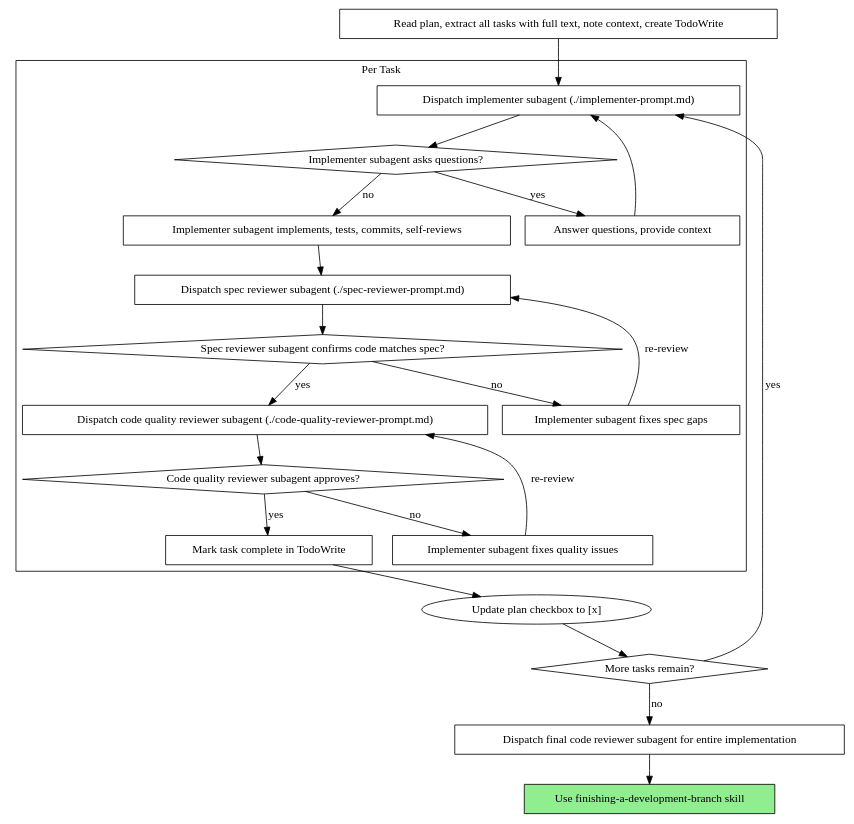
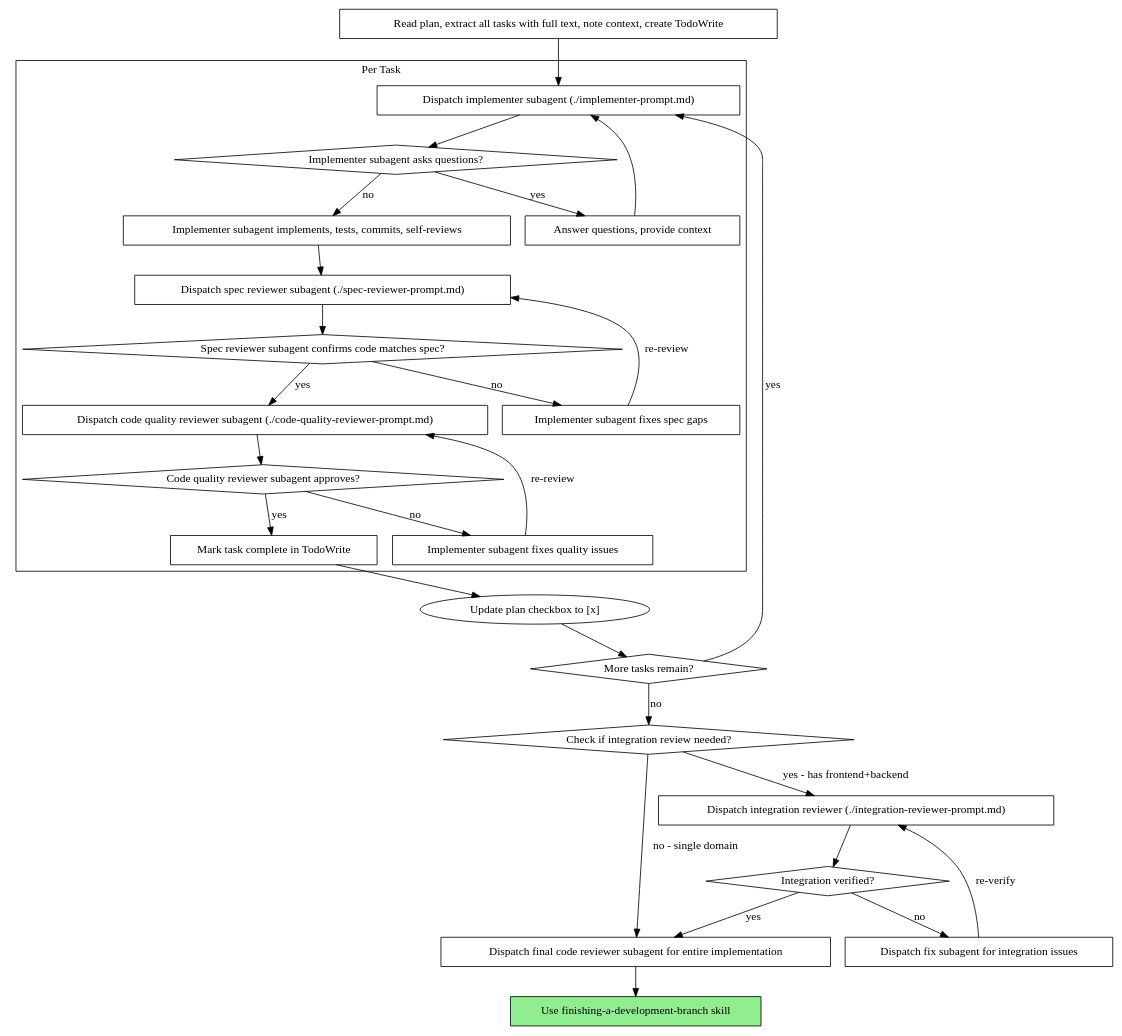
The second of 2 diagrams in skills/subagent-driven-development/SKILL.md (xhyqaq/agentic-delivery), drawn with Graphviz before and after one commit. The commit also changed other lines of this file and 3 other files, not shown here.

First line of the commit message:
feat: 增加 Integration Review 层用于前后端集成验证

````diff
--- a/skills/subagent-driven-development/SKILL.md
+++ b/skills/subagent-driven-development/SKILL.md
@@ -58,45 +58,55 @@
 ```dot
 digraph process {
     rankdir=TB;
 
     subgraph cluster_per_task {
         label="Per Task";
         "Dispatch implementer subagent (./implementer-prompt.md)" [shape=box];
         "Implementer subagent asks questions?" [shape=diamond];
         "Answer questions, provide context" [shape=box];
         "Implementer subagent implements, tests, commits, self-reviews" [shape=box];
         "Dispatch spec reviewer subagent (./spec-reviewer-prompt.md)" [shape=box];
         "Spec reviewer subagent confirms code matches spec?" [shape=diamond];
         "Implementer subagent fixes spec gaps" [shape=box];
         "Dispatch code quality reviewer subagent (./code-quality-reviewer-prompt.md)" [shape=box];
         "Code quality reviewer subagent approves?" [shape=diamond];
         "Implementer subagent fixes quality issues" [shape=box];
         "Mark task complete in TodoWrite" [shape=box];
     }
 
     "Read plan, extract all tasks with full text, note context, create TodoWrite" [shape=box];
     "More tasks remain?" [shape=diamond];
     "Dispatch final code reviewer subagent for entire implementation" [shape=box];
     "Use finishing-a-development-branch skill" [shape=box style=filled fillcolor=lightgreen];
 
     "Read plan, extract all tasks with full text, note context, create TodoWrite" -> "Dispatch implementer subagent (./implementer-prompt.md)";
     "Dispatch implementer subagent (./implementer-prompt.md)" -> "Implementer subagent asks questions?";
     "Implementer subagent asks questions?" -> "Answer questions, provide context" [label="yes"];
     "Answer questions, provide context" -> "Dispatch implementer subagent (./implementer-prompt.md)";
     "Implementer subagent asks questions?" -> "Implementer subagent implements, tests, commits, self-reviews" [label="no"];
     "Implementer subagent implements, tests, commits, self-reviews" -> "Dispatch spec reviewer subagent (./spec-reviewer-prompt.md)";
     "Dispatch spec reviewer subagent (./spec-reviewer-prompt.md)" -> "Spec reviewer subagent confirms code matches spec?";
     "Spec reviewer subagent confirms code matches spec?" -> "Implementer subagent fixes spec gaps" [label="no"];
     "Implementer subagent fixes spec gaps" -> "Dispatch spec reviewer subagent (./spec-reviewer-prompt.md)" [label="re-review"];
     "Spec reviewer subagent confirms code matches spec?" -> "Dispatch code quality reviewer subagent (./code-quality-reviewer-prompt.md)" [label="yes"];
     "Dispatch code quality reviewer subagent (./code-quality-reviewer-prompt.md)" -> "Code quality reviewer subagent approves?";
     "Code quality reviewer subagent approves?" -> "Implementer subagent fixes quality issues" [label="no"];
     "Implementer subagent fixes quality issues" -> "Dispatch code quality reviewer subagent (./code-quality-reviewer-prompt.md)" [label="re-review"];
     "Code quality reviewer subagent approves?" -> "Mark task complete in TodoWrite" [label="yes"];
     "Mark task complete in TodoWrite" -> "Update plan checkbox to [x]";
     "Update plan checkbox to [x]" -> "More tasks remain?";
     "More tasks remain?" -> "Dispatch implementer subagent (./implementer-prompt.md)" [label="yes"];
-    "More tasks remain?" -> "Dispatch final code reviewer subagent for entire implementation" [label="no"];
+    "More tasks remain?" -> "Check if integration review needed?" [label="no"];
+    "Check if integration review needed?" [shape=diamond];
+    "Check if integration review needed?" -> "Dispatch integration reviewer (./integration-reviewer-prompt.md)" [label="yes - has frontend+backend"];
+    "Check if integration review needed?" -> "Dispatch final code reviewer subagent for entire implementation" [label="no - single domain"];
+    "Dispatch integration reviewer (./integration-reviewer-prompt.md)" [shape=box];
+    "Integration verified?" [shape=diamond];
+    "Dispatch integration reviewer (./integration-reviewer-prompt.md)" -> "Integration verified?";
+    "Integration verified?" -> "Dispatch fix subagent for integration issues" [label="no"];
+    "Dispatch fix subagent for integration issues" [shape=box];
+    "Dispatch fix subagent for integration issues" -> "Dispatch integration reviewer (./integration-reviewer-prompt.md)" [label="re-verify"];
+    "Integration verified?" -> "Dispatch final code reviewer subagent for entire implementation" [label="yes"];
     "Dispatch final code reviewer subagent for entire implementation" -> "Use finishing-a-development-branch skill";
 }
 ```
````
